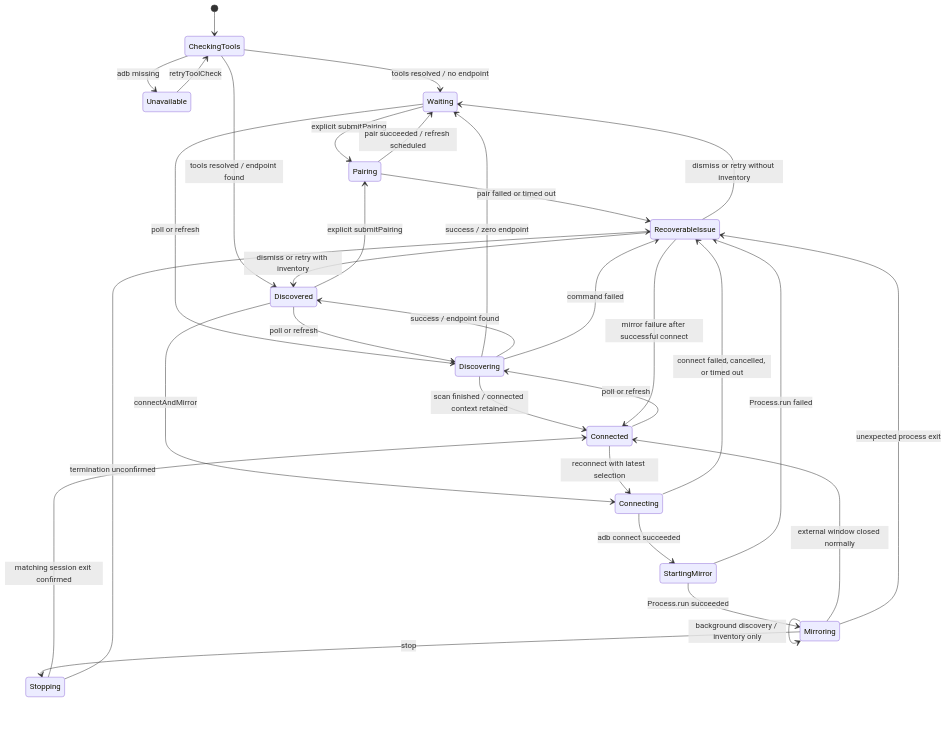
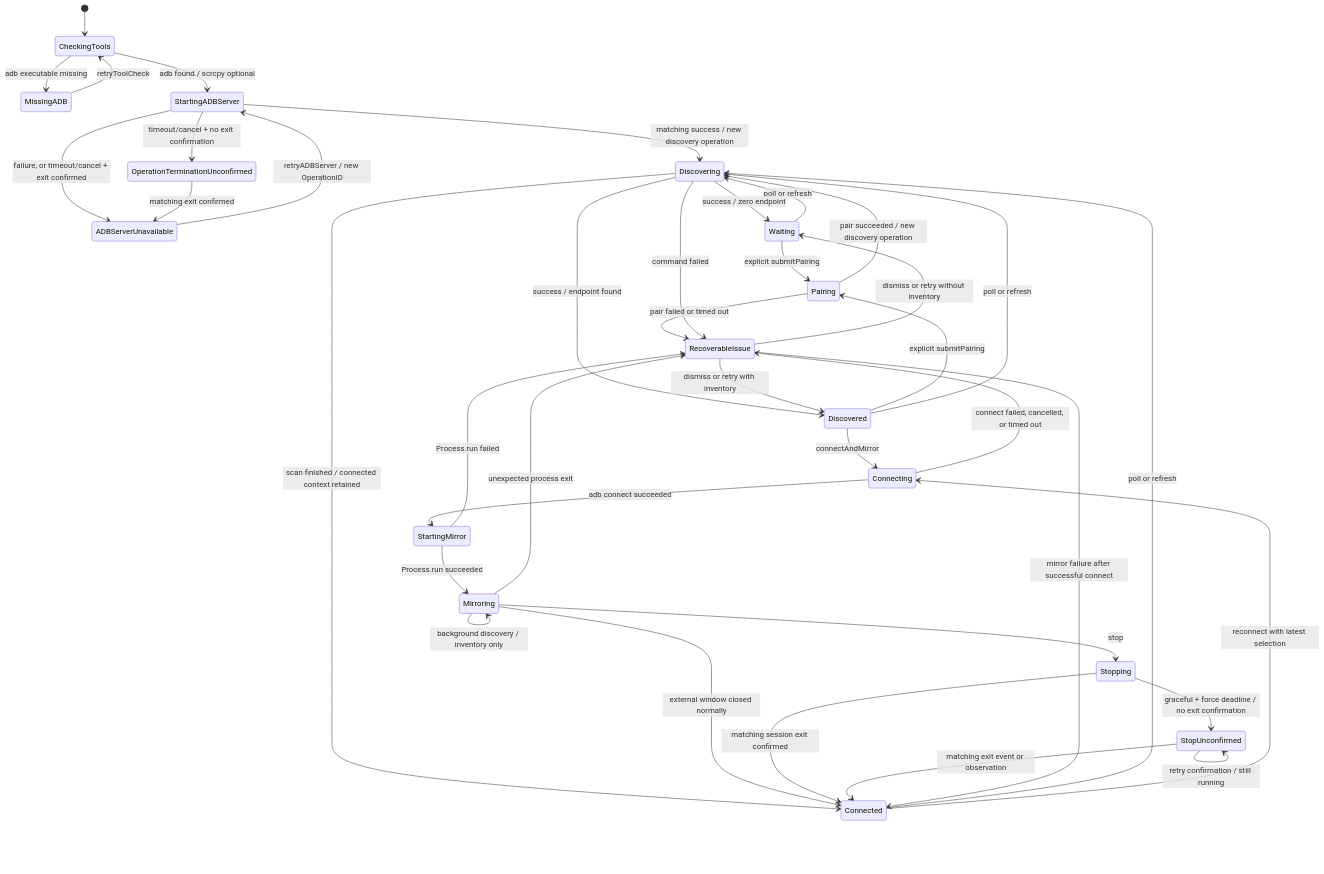
Before and after one commit to jihtsan/MirrorBridge: the first of 2 diagrams in docs/architecture/v0.1-connection-mirroring-lifecycle.md, drawn with Mermaid. The commit also changed other lines of this file, not shown here.

````diff
--- a/docs/architecture/v0.1-connection-mirroring-lifecycle.md
+++ b/docs/architecture/v0.1-connection-mirroring-lifecycle.md
@@ -220,34 +241,40 @@
 ```mermaid
 stateDiagram-v2
     [*] --> CheckingTools
-    CheckingTools --> Unavailable: adb missing
-    CheckingTools --> Waiting: tools resolved / no endpoint
-    CheckingTools --> Discovered: tools resolved / endpoint found
+    CheckingTools --> MissingADB: adb executable missing
+    CheckingTools --> StartingADBServer: adb found / scrcpy optional
+    StartingADBServer --> Discovering: matching success / new discovery operation
+    StartingADBServer --> ADBServerUnavailable: failure, or timeout/cancel + exit confirmed
+    StartingADBServer --> OperationTerminationUnconfirmed: timeout/cancel + no exit confirmation
+    OperationTerminationUnconfirmed --> ADBServerUnavailable: matching exit confirmed
+    ADBServerUnavailable --> StartingADBServer: retryADBServer / new OperationID
     Waiting --> Pairing: explicit submitPairing
     Discovered --> Pairing: explicit submitPairing
-    Pairing --> Waiting: pair succeeded / refresh scheduled
+    Pairing --> Discovering: pair succeeded / new discovery operation
     Pairing --> RecoverableIssue: pair failed or timed out
     Waiting --> Discovering: poll or refresh
     Discovered --> Discovering: poll or refresh
     Connected --> Discovering: poll or refresh
     Mirroring --> Mirroring: background discovery / inventory only
     Discovering --> Waiting: success / zero endpoint
     Discovering --> Discovered: success / endpoint found
     Discovering --> Connected: scan finished / connected context retained
     Discovering --> RecoverableIssue: command failed
     Discovered --> Connecting: connectAndMirror
     Connected --> Connecting: reconnect with latest selection
     Connecting --> StartingMirror: adb connect succeeded
     Connecting --> RecoverableIssue: connect failed, cancelled, or timed out
     StartingMirror --> Mirroring: Process.run succeeded
     StartingMirror --> RecoverableIssue: Process.run failed
     Mirroring --> Stopping: stop
     Mirroring --> Connected: external window closed normally
     Mirroring --> RecoverableIssue: unexpected process exit
     Stopping --> Connected: matching session exit confirmed
-    Stopping --> RecoverableIssue: termination unconfirmed
+    Stopping --> StopUnconfirmed: graceful + force deadline / no exit confirmation
+    StopUnconfirmed --> StopUnconfirmed: retry confirmation / still running
+    StopUnconfirmed --> Connected: matching exit event or observation
     RecoverableIssue --> Waiting: dismiss or retry without inventory
     RecoverableIssue --> Discovered: dismiss or retry with inventory
     RecoverableIssue --> Connected: mirror failure after successful connect
-    Unavailable --> CheckingTools: retryToolCheck
+    MissingADB --> CheckingTools: retryToolCheck
 ```
````
